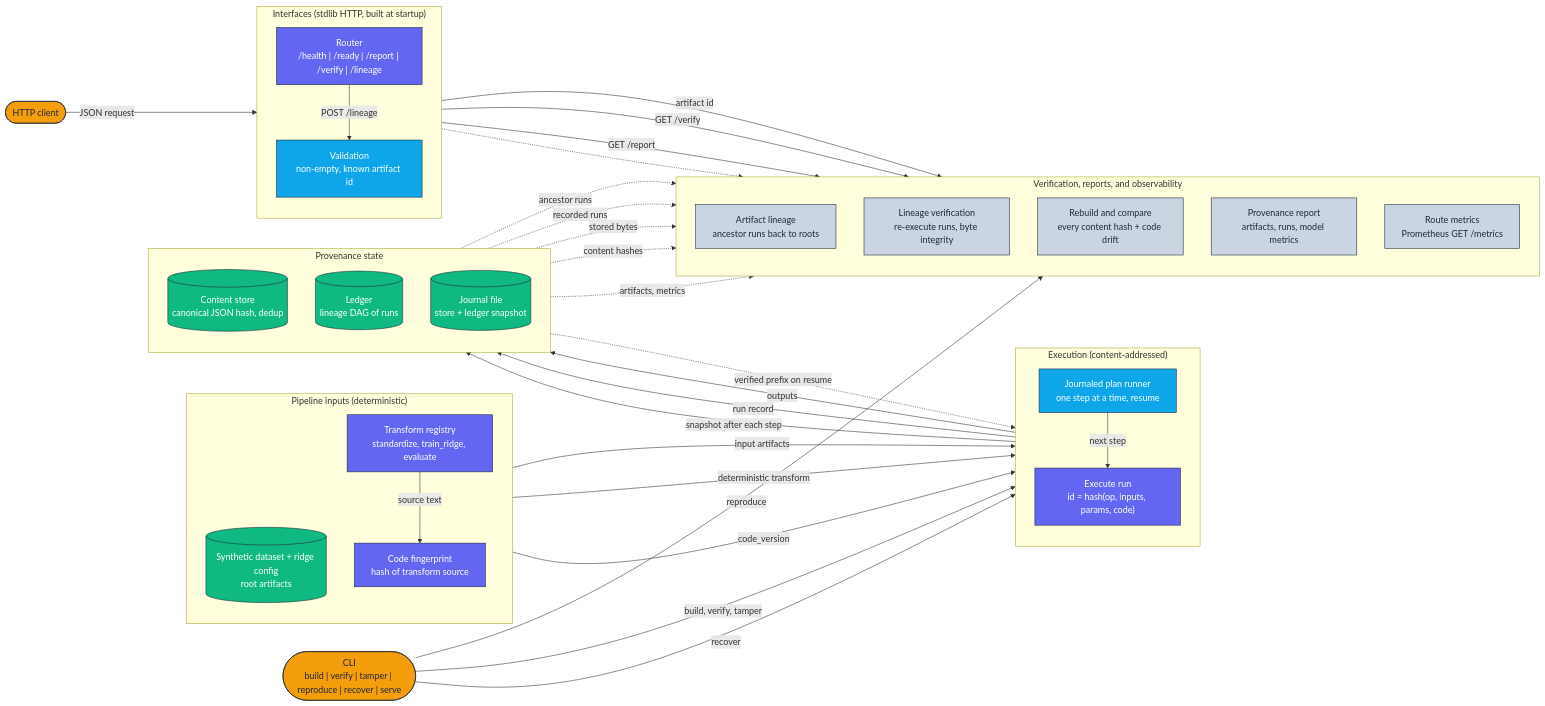
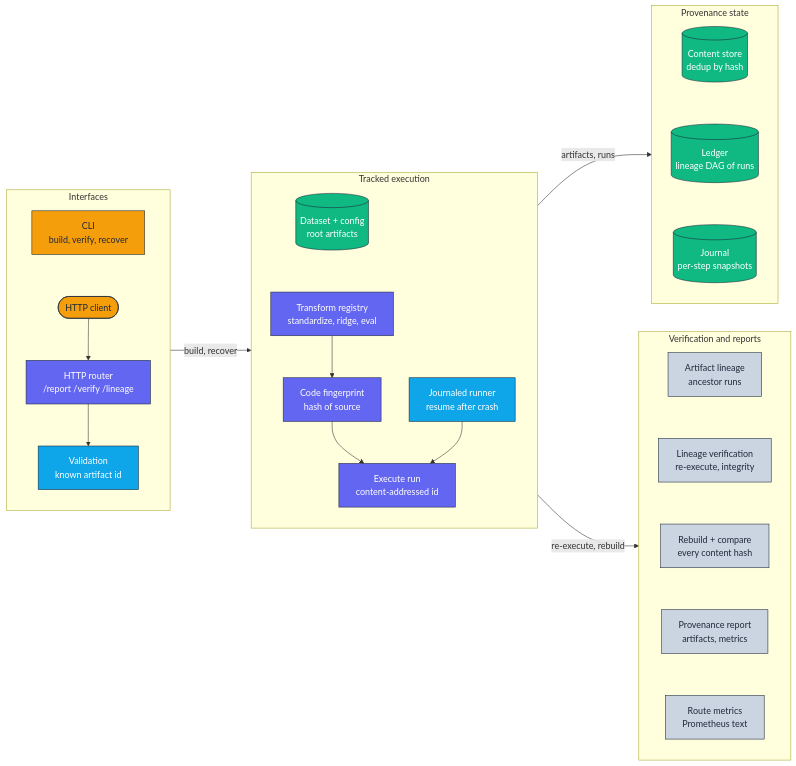
One commit to adeoluo/training-provenance changed the diagram in docs/architecture/architecture.mmd. Above: the diagram before and after it, drawn with Mermaid. The commit also changed 1 other file, not shown here.

Commit message:
docs: compact horizontal architecture diagram

```diff
--- a/docs/architecture/architecture.mmd
+++ b/docs/architecture/architecture.mmd
@@ -1,68 +1,48 @@
 flowchart LR
     classDef edge     fill:#F59E0B,stroke:#1E293B,color:#1E293B,stroke-width:1px;
     classDef core     fill:#6366F1,stroke:#1E293B,color:#ffffff,stroke-width:1px;
     classDef data     fill:#10B981,stroke:#1E293B,color:#ffffff,stroke-width:1px;
     classDef control  fill:#0EA5E9,stroke:#1E293B,color:#ffffff,stroke-width:1px;
     classDef obs      fill:#CBD5E1,stroke:#1E293B,color:#1E293B,stroke-width:1px;
 
-    CLI(["CLI<br/>build | verify | tamper | reproduce | recover | serve"]):::edge
-    Client(["HTTP client"]):::edge
-
-    subgraph Inputs["Pipeline inputs (deterministic)"]
+    subgraph Interfaces["Interfaces"]
         direction TB
-        Dataset[("Synthetic dataset + ridge config<br/>root artifacts")]:::data
-        Transforms["Transform registry<br/>standardize, train_ridge, evaluate"]:::core
-        CodeHash["Code fingerprint<br/>hash of transform source"]:::core
+        CLI["CLI<br/>build, verify, recover"]:::edge
+        Client(["HTTP client"]):::edge
+        Router["HTTP router<br/>/report /verify /lineage"]:::core
+        Validate["Validation<br/>known artifact id"]:::control
+        CLI ~~~ Client --> Router --> Validate
     end
 
-    subgraph Exec["Execution (content-addressed)"]
+    subgraph Exec["Tracked execution"]
         direction TB
-        Plan["Journaled plan runner<br/>one step at a time, resume"]:::control
-        Execute["Execute run<br/>id = hash(op, inputs, params, code)"]:::core
+        Dataset[("Dataset + config<br/>root artifacts")]:::data
+        Transforms["Transform registry<br/>standardize, ridge, eval"]:::core
+        CodeHash["Code fingerprint<br/>hash of source"]:::core
+        Plan["Journaled runner<br/>resume after crash"]:::control
+        Execute["Execute run<br/>content-addressed id"]:::core
+        Dataset ~~~ Transforms --> CodeHash --> Execute
+        Plan --> Execute
     end
 
     subgraph State["Provenance state"]
         direction TB
-        Store[("Content store<br/>canonical JSON hash, dedup")]:::data
+        Store[("Content store<br/>dedup by hash")]:::data
         Ledger[("Ledger<br/>lineage DAG of runs")]:::data
-        Journal[("Journal file<br/>store + ledger snapshot")]:::data
+        Journal[("Journal<br/>per-step snapshots")]:::data
+        Store ~~~ Ledger ~~~ Journal
     end
 
-    subgraph Edge["Interfaces (stdlib HTTP, built at startup)"]
+    subgraph Obs["Verification and reports"]
         direction TB
-        Router["Router<br/>/health | /ready | /report | /verify | /lineage"]:::core
-        Validate["Validation<br/>non-empty, known artifact id"]:::control
+        Lineage["Artifact lineage<br/>ancestor runs"]:::obs
+        Verify["Lineage verification<br/>re-execute, integrity"]:::obs
+        Reproduce["Rebuild + compare<br/>every content hash"]:::obs
+        Report["Provenance report<br/>artifacts, metrics"]:::obs
+        Metrics["Route metrics<br/>Prometheus text"]:::obs
+        Lineage ~~~ Verify ~~~ Reproduce ~~~ Report ~~~ Metrics
     end
 
-    subgraph Eval["Verification, reports, and observability"]
-        direction TB
-        Lineage["Artifact lineage<br/>ancestor runs back to roots"]:::obs
-        Verify["Lineage verification<br/>re-execute runs, byte integrity"]:::obs
-        Reproduce["Rebuild and compare<br/>every content hash + code drift"]:::obs
-        Report["Provenance report<br/>artifacts, runs, model metrics"]:::obs
-        Metrics["Route metrics<br/>Prometheus GET /metrics"]:::obs
-    end
-
-    CLI -->|build, verify, tamper| Execute
-    CLI -->|recover| Plan
-    CLI -->|reproduce| Reproduce
-    Dataset -->|input artifacts| Execute
-    Transforms -->|deterministic transform| Execute
-    Transforms -->|source text| CodeHash
-    CodeHash -->|code_version| Execute
-    Plan -->|next step| Execute
-    Execute -->|outputs| Store
-    Execute -->|run record| Ledger
-    Plan -->|snapshot after each step| Journal
-    Journal -.->|verified prefix on resume| Plan
-    Client -->|JSON request| Router
-    Router -->|POST /lineage| Validate
-    Validate -->|artifact id| Lineage
-    Ledger -.->|ancestor runs| Lineage
-    Router -->|GET /verify| Verify
-    Ledger -.->|recorded runs| Verify
-    Store -.->|stored bytes| Verify
-    Store -.->|content hashes| Reproduce
-    Router -->|GET /report| Report
-    Store -.->|artifacts, metrics| Report
-    Router -.-> Metrics
+    Interfaces -->|build, recover| Exec
+    Exec -->|artifacts, runs| State
+    Exec -->|re-execute, rebuild| Obs
```
